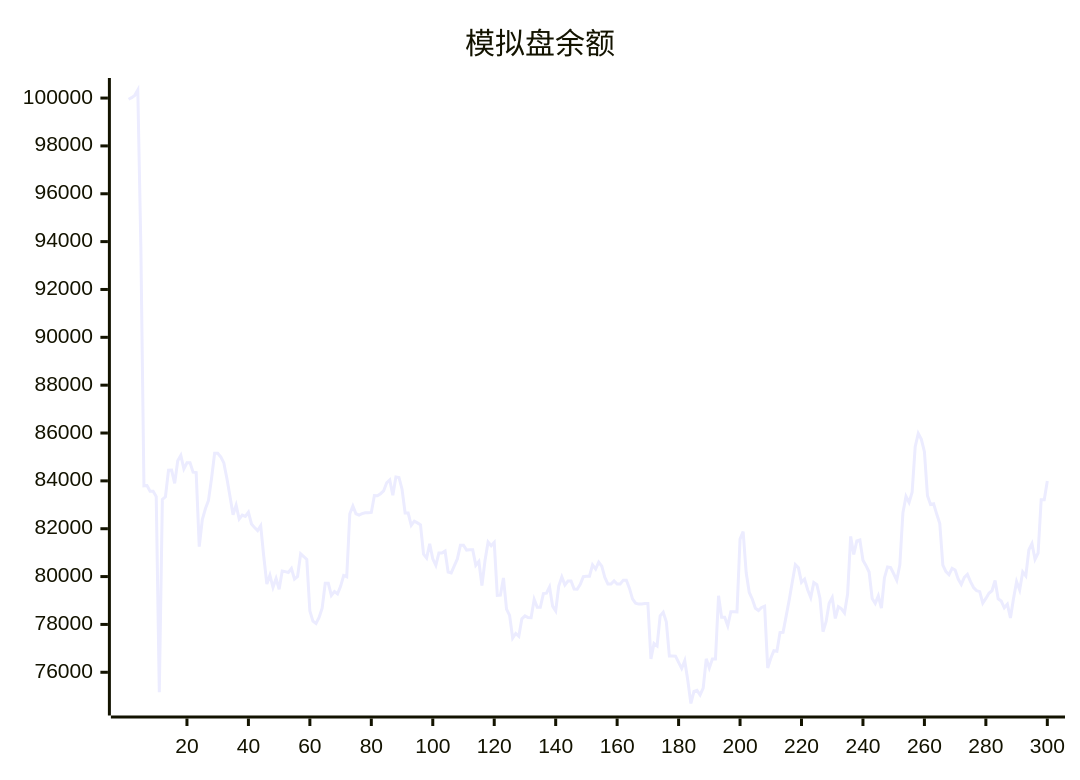
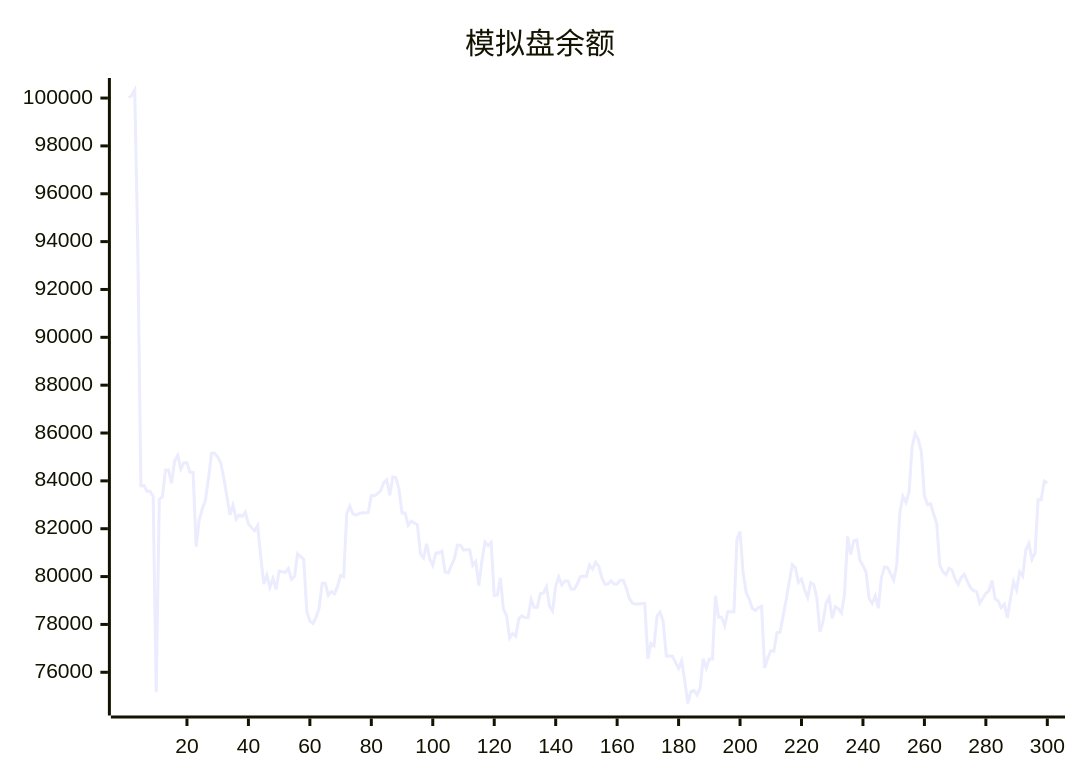
One commit to aahl/ai-trading changed the diagram in README.md. Above: the diagram before and after it, drawn with Mermaid. The commit also changed other lines of this file and 1 other file, not shown here.

````diff
--- a/README.md
+++ b/README.md
@@ -5,5 +5,5 @@
 ```mermaid
 xychart
     title "模拟盘余额"
-    line [99950,100017,100113,100337,93749,83795,83807,83567,83567,83342,75168,83222,83336,84448,84449,83896,84839,85065,84499,84757,84757,84364,84347,81254,82385,82835,83184,84099,85150,85150,85002,84751,84096,83356,82582,82983,82404,82572,82512,82688,82200,82047,81920,82125,80840,79688,80060,79552,79920,79470,80236,80208,80170,80336,79894,80006,80954,80837,80712,78561,78139,78037,78293,78682,79720,79720,79214,79372,79279,79591,80046,79993,82625,82950,82626,82571,82633,82670,82670,82681,83386,83378,83464,83579,83920,84037,83402,84160,84142,83652,82655,82655,82145,82315,82243,82163,80934,80770,81371,80742,80468,80989,80989,81067,80191,80155,80450,80737,81309,81309,81106,81119,81119,80471,80631,79624,80670,81448,81290,81429,79212,79222,79940,78643,78380,77432,77623,77504,78235,78358,78284,78277,79048,78714,78714,79290,79308,79567,78763,78563,79603,79988,79652,79813,79813,79476,79469,79673,79995,80015,80015,80486,80314,80600,80436,79966,79689,79689,79819,79692,79692,79850,79850,79518,79071,78889,78850,78850,78878,78878,76554,77202,77103,78357,78510,78106,76678,76677,76672,76411,76159,76485,75656,74695,75197,75246,75052,75334,76564,76179,76553,76551,79196,78300,78300,77944,78531,78531,78521,81564,81884,80160,79335,79055,78675,78580,78708,78764,76179,76586,76902,76876,77658,77669,78346,79023,79769,80497,80366,79761,79896,79448,79126,79749,79658,79097,77695,78114,78888,79126,78249,78738,78653,78478,79271,81680,80923,81488,81527,80681,80455,80190,79084,78879,79193,78686,79954,80403,80374,80118,79848,80491,82665,83351,83098,83525,85430,85983,85737,85221,83378,83014,83043,82613,82216,80477,80208,80081,80348,80277,79894,79670,79965,80093,79786,79542,79406,79371,78893,79087,79304,79406,79841,79072,78978,78696,78846,78272,79085,79787,79442,80198,80031,81120,81379,80718,80985,83214,83212,83993]
+    line [100017,100113,100337,93749,83795,83807,83567,83567,83342,75168,83222,83336,84448,84449,83896,84839,85065,84499,84757,84757,84364,84347,81254,82385,82835,83184,84099,85150,85150,85002,84751,84096,83356,82582,82983,82404,82572,82512,82688,82200,82047,81920,82125,80840,79688,80060,79552,79920,79470,80236,80208,80170,80336,79894,80006,80954,80837,80712,78561,78139,78037,78293,78682,79720,79720,79214,79372,79279,79591,80046,79993,82625,82950,82626,82571,82633,82670,82670,82681,83386,83378,83464,83579,83920,84037,83402,84160,84142,83652,82655,82655,82145,82315,82243,82163,80934,80770,81371,80742,80468,80989,80989,81067,80191,80155,80450,80737,81309,81309,81106,81119,81119,80471,80631,79624,80670,81448,81290,81429,79212,79222,79940,78643,78380,77432,77623,77504,78235,78358,78284,78277,79048,78714,78714,79290,79308,79567,78763,78563,79603,79988,79652,79813,79813,79476,79469,79673,79995,80015,80015,80486,80314,80600,80436,79966,79689,79689,79819,79692,79692,79850,79850,79518,79071,78889,78850,78850,78878,78878,76554,77202,77103,78357,78510,78106,76678,76677,76672,76411,76159,76485,75656,74695,75197,75246,75052,75334,76564,76179,76553,76551,79196,78300,78300,77944,78531,78531,78521,81564,81884,80160,79335,79055,78675,78580,78708,78764,76179,76586,76902,76876,77658,77669,78346,79023,79769,80497,80366,79761,79896,79448,79126,79749,79658,79097,77695,78114,78888,79126,78249,78738,78653,78478,79271,81680,80923,81488,81527,80681,80455,80190,79084,78879,79193,78686,79954,80403,80374,80118,79848,80491,82665,83351,83098,83525,85430,85983,85737,85221,83378,83014,83043,82613,82216,80477,80208,80081,80348,80277,79894,79670,79965,80093,79786,79542,79406,79371,78893,79087,79304,79406,79841,79072,78978,78696,78846,78272,79085,79787,79442,80198,80031,81120,81379,80718,80985,83214,83212,83993,83921]
 ```
````
